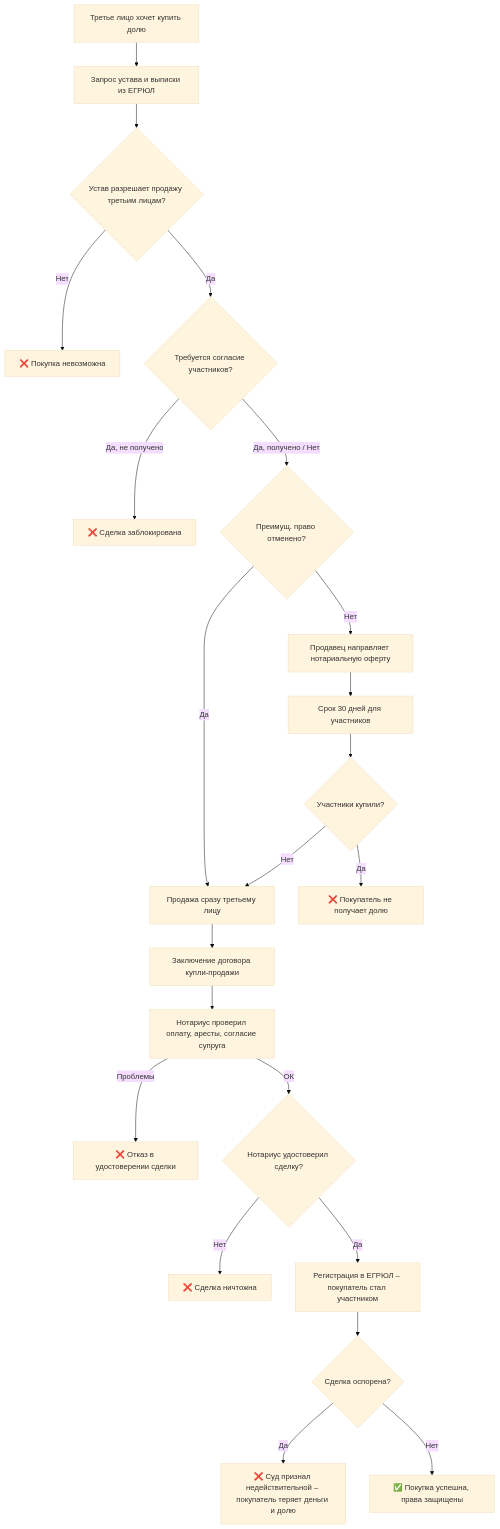
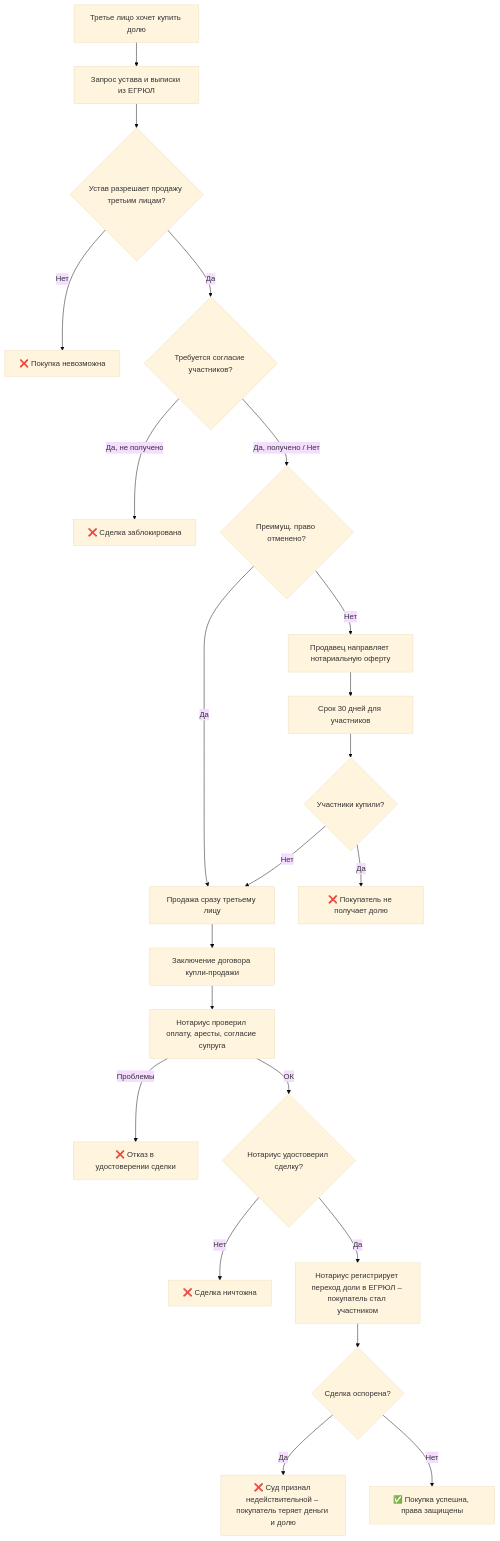
One commit to arsenyuk/SamorodinkaTech.Fiducia changed the fourth of 4 diagrams in docs/business-processes/llc-share-purchase-sale.md. Above: the diagram before and after it, drawn with Mermaid (base theme). The commit also changed other lines of this file, not shown here.

Commit message:
docs(llc): уточнить узлы ЕГРЮЛ — что регистрируем (переход доли) и кто (нотариус)

````diff
--- a/docs/business-processes/llc-share-purchase-sale.md
+++ b/docs/business-processes/llc-share-purchase-sale.md
@@ -262,24 +262,24 @@
 ```mermaid
 flowchart TD
     A["Третье лицо хочет купить долю"] --> B["Запрос устава и выписки из ЕГРЮЛ"]
     B --> C{Устав разрешает продажу третьим лицам?}
     C -->|Нет| D["❌ Покупка невозможна"]
     C -->|Да| E{Требуется согласие участников?}
     E -->|"Да, не получено"| F["❌ Сделка заблокирована"]
     E -->|"Да, получено / Нет"| G{Преимущ. право отменено?}
     G -->|Да| H["Продажа сразу третьему лицу"]
     G -->|Нет| I["Продавец направляет нотариальную оферту"]
     I --> J["Срок 30 дней для участников"]
     J --> K{Участники купили?}
     K -->|Да| L["❌ Покупатель не получает долю"]
     K -->|Нет| H
     H --> M["Заключение договора купли-продажи"]
     M --> P["Нотариус проверил оплату, аресты, согласие супруга"]
     P -->|Проблемы| Q["❌ Отказ в удостоверении сделки"]
     P -->|ОК| N{Нотариус удостоверил сделку?}
     N -->|Нет| O["❌ Сделка ничтожна"]
-    N -->|Да| R["Регистрация в ЕГРЮЛ – покупатель стал участником"]
+    N -->|Да| R["Нотариус регистрирует переход доли в ЕГРЮЛ – покупатель стал участником"]
     R --> S{Сделка оспорена?}
     S -->|Да| T["❌ Суд признал недействительной – покупатель теряет деньги и долю"]
     S -->|Нет| U["✅ Покупка успешна, права защищены"]
 ```
````
